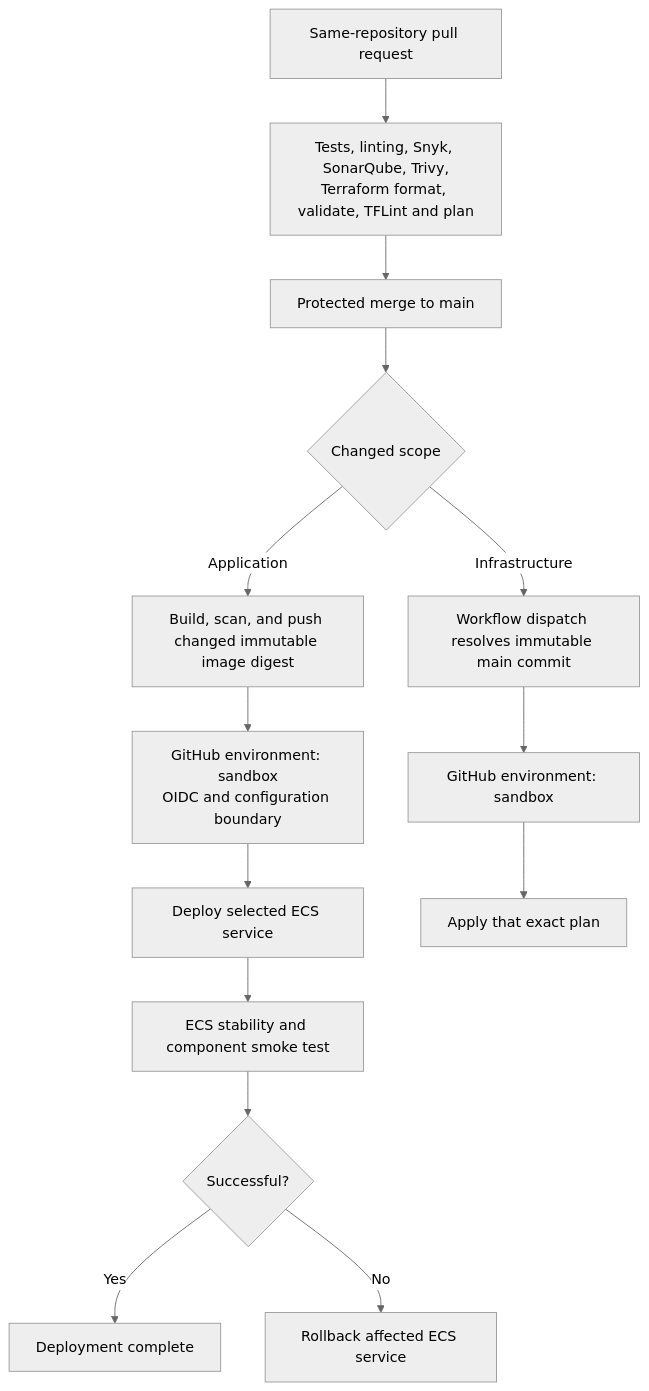
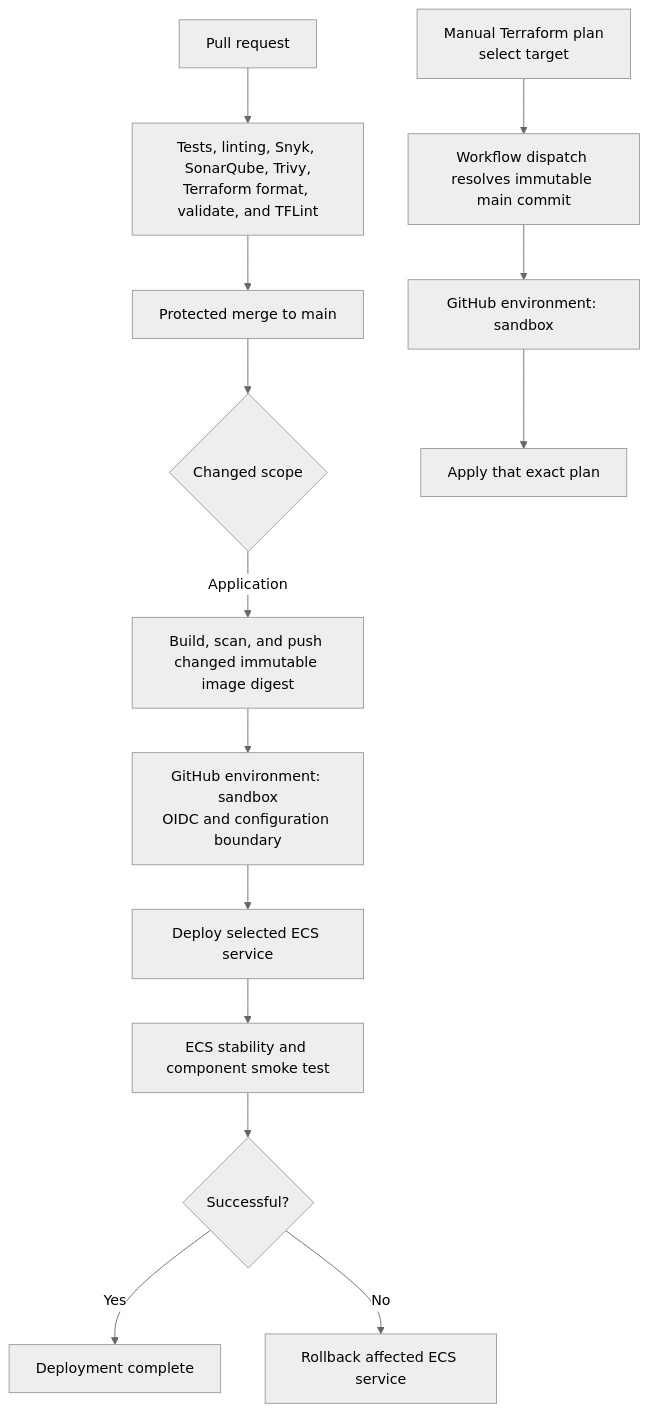
The second of 2 diagrams in docs/architecture.md (afaryy/happy-post), drawn with Mermaid (neutral theme) before and after one commit. The commit also changed other lines of this file and 18 other files, not shown here.

Commit message:
feat(infra): add RDS data stack and manual plan control

```diff
--- a/docs/architecture.md
+++ b/docs/architecture.md
@@ -67,16 +67,16 @@
 ~~~mermaid
 flowchart TB
-    pr[Same-repository pull request] --> checks[Tests, linting, Snyk, SonarQube, Trivy,<br/>Terraform format, validate, TFLint and plan]
+    pr[Pull request] --> checks[Tests, linting, Snyk, SonarQube, Trivy,<br/>Terraform format, validate, and TFLint]
     checks --> merge[Protected merge to main]
     merge --> scope{Changed scope}
     scope -->|Application| build[Build, scan, and push changed immutable image digest]
     build --> sandbox[GitHub environment: sandbox<br/>OIDC and configuration boundary]
     sandbox --> deploy[Deploy selected ECS service]
     deploy --> verify[ECS stability and component smoke test]
     verify --> result{Successful?}
     result -->|Yes| complete[Deployment complete]
     result -->|No| rollback[Rollback affected ECS service]
-    scope -->|Infrastructure| fresh_plan[Workflow dispatch resolves immutable main commit]
+    manual_plan[Manual Terraform plan<br/>select target] --> fresh_plan[Workflow dispatch resolves immutable main commit]
     fresh_plan --> tf_sandbox[GitHub environment: sandbox]
     tf_sandbox --> apply[Apply that exact plan]
 ~~~
```
